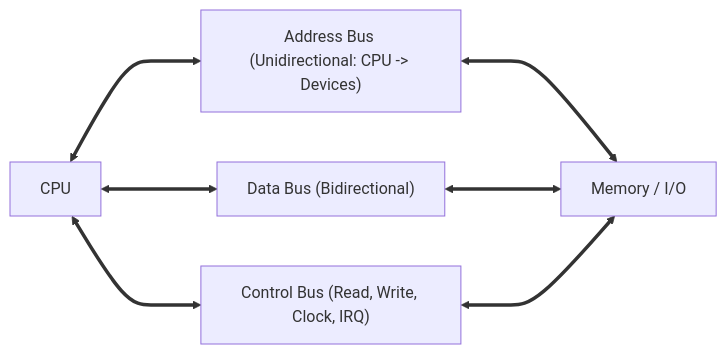
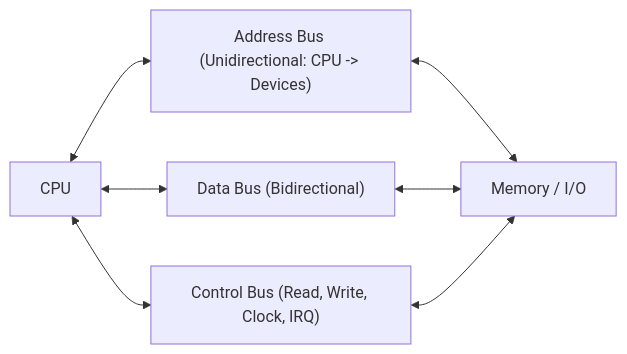
Before and after one commit to YatishGowda09/Sem-3-CSE-Notes: the fourth of 5 diagrams in DLCD/Unit 3/L01 - Basic Structure of Computers and Functional Units.md, drawn with Mermaid. The commit also changed other lines of this file and 70 other files, not shown here.

First line of the commit message:
Fix Mermaid diagram syntax for GitHub rendering compatibility

````diff
--- a/DLCD/Unit 3/L01 - Basic Structure of Computers and Functional Units.md
+++ b/DLCD/Unit 3/L01 - Basic Structure of Computers and Functional Units.md
@@ -167,6 +167,6 @@
 ```mermaid
 flowchart LR
-    CPU["CPU"] <===> ABUS["Address Bus (Unidirectional: CPU -> Devices)"] <===> MEM["Memory / I/O"]
-    CPU <===> DBUS["Data Bus (Bidirectional)"] <===> MEM
-    CPU <===> CBUS["Control Bus (Read, Write, Clock, IRQ)"] <===> MEM
+    CPU["CPU"] <--> ABUS["Address Bus (Unidirectional: CPU -> Devices)"] <--> MEM["Memory / I/O"]
+    CPU <--> DBUS["Data Bus (Bidirectional)"] <--> MEM
+    CPU <--> CBUS["Control Bus (Read, Write, Clock, IRQ)"] <--> MEM
 ```
````
